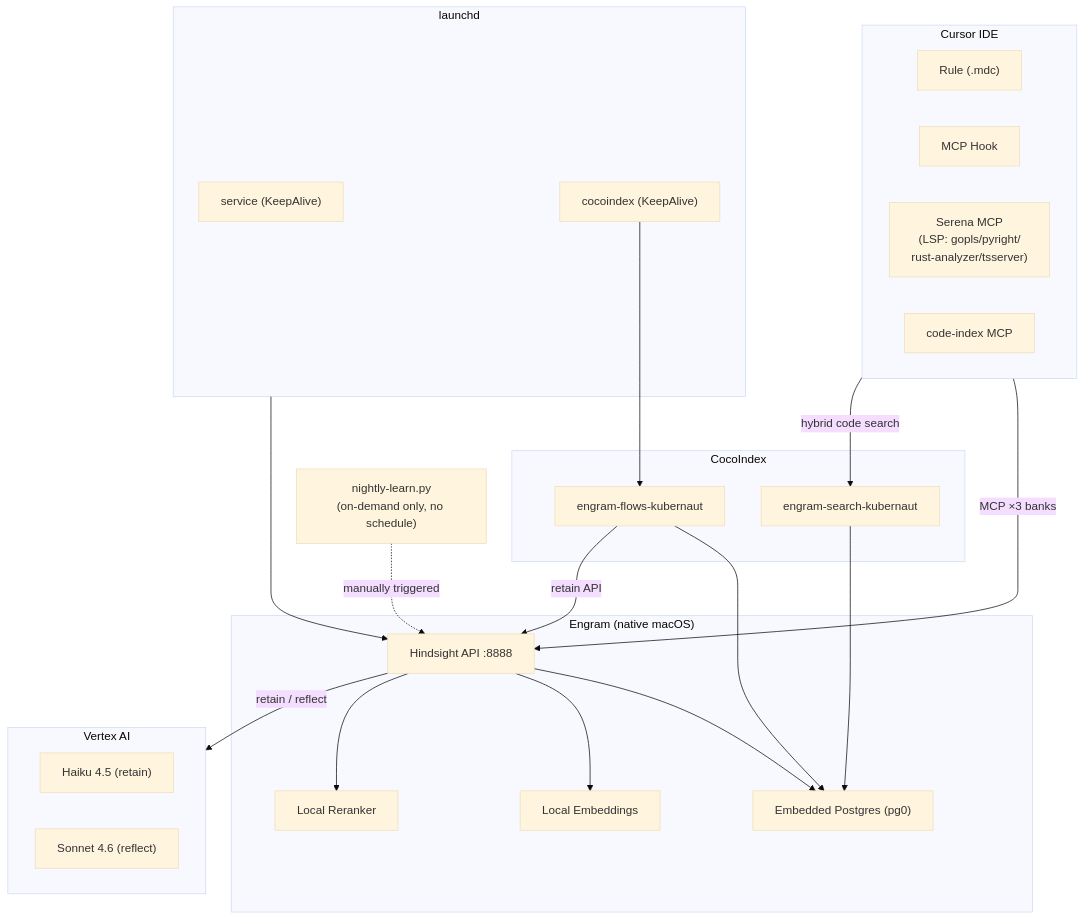
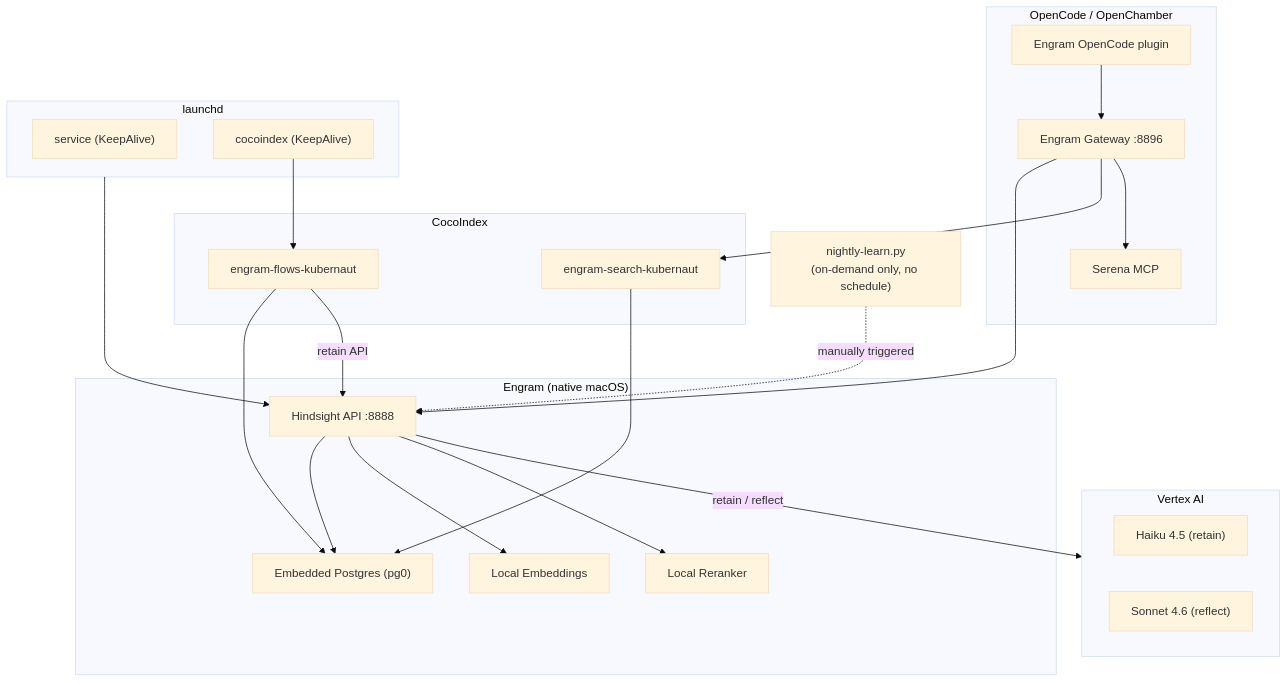
The second of 2 diagrams in README.md (jordigilh/engram), drawn with Mermaid (base theme) before and after one commit. The commit also changed other lines of this file and 1 other file, not shown here.

Commit message:
docs: make OpenCode integration primary

````diff
--- a/README.md
+++ b/README.md
@@ -111,46 +113,47 @@
 ```mermaid
 graph TB
-    subgraph cursor["Cursor IDE"]
-        rule["Rule (.mdc)"]
-        hook["MCP Hook"]
-        serena["Serena MCP<br/>(LSP: gopls/pyright/<br/>rust-analyzer/tsserver)"]
-        code_mcp["code-index MCP"]
+    subgraph client["OpenCode / OpenChamber"]
+        plugin["Engram OpenCode plugin"]
+        gateway["Engram Gateway :8896"]
+        serena["Serena MCP"]
+        plugin --> gateway
     end
 
     subgraph engram["Engram (native macOS)"]
         api["Hindsight API :8888"]
         pg["Embedded Postgres (pg0)"]
         emb["Local Embeddings"]
         rerank["Local Reranker"]
     end
 
     subgraph cocoindex_engine["CocoIndex"]
         coco["engram-flows-kubernaut"]
         coco_search["engram-search-kubernaut"]
         coco --> pg
         coco_search --> pg
     end
 
     subgraph vertex["Vertex AI"]
         haiku["Haiku 4.5 (retain)"]
         sonnet["Sonnet 4.6 (reflect)"]
     end
 
     subgraph launchd["launchd"]
         svc["service (KeepAlive)"]
         coco_svc["cocoindex (KeepAlive)"]
     end
 
     nightly["nightly-learn.py<br/>(on-demand only, no schedule)"]
 
-    cursor -->|"MCP ×3 banks"| api
-    cursor -->|"hybrid code search"| coco_search
+    gateway --> api
+    gateway --> coco_search
+    gateway --> serena
     api --> pg
     api --> emb
     api --> rerank
     api -->|"retain / reflect"| vertex
     launchd --> api
     nightly -.->|"manually triggered"| api
     coco_svc --> coco
     coco -->|"retain API"| api
 ```
````
